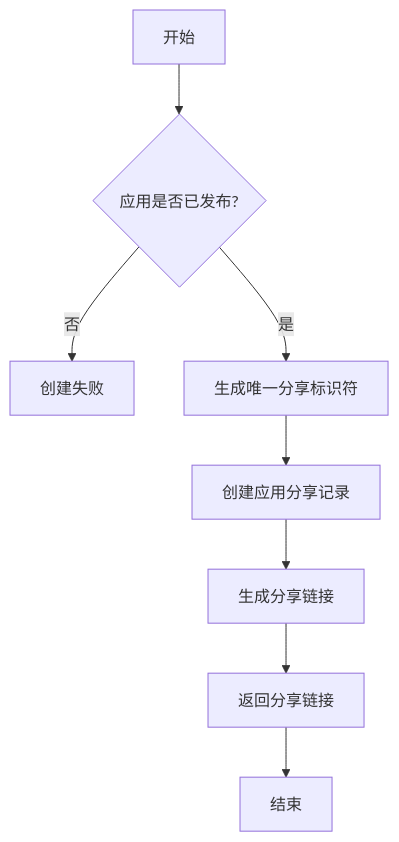
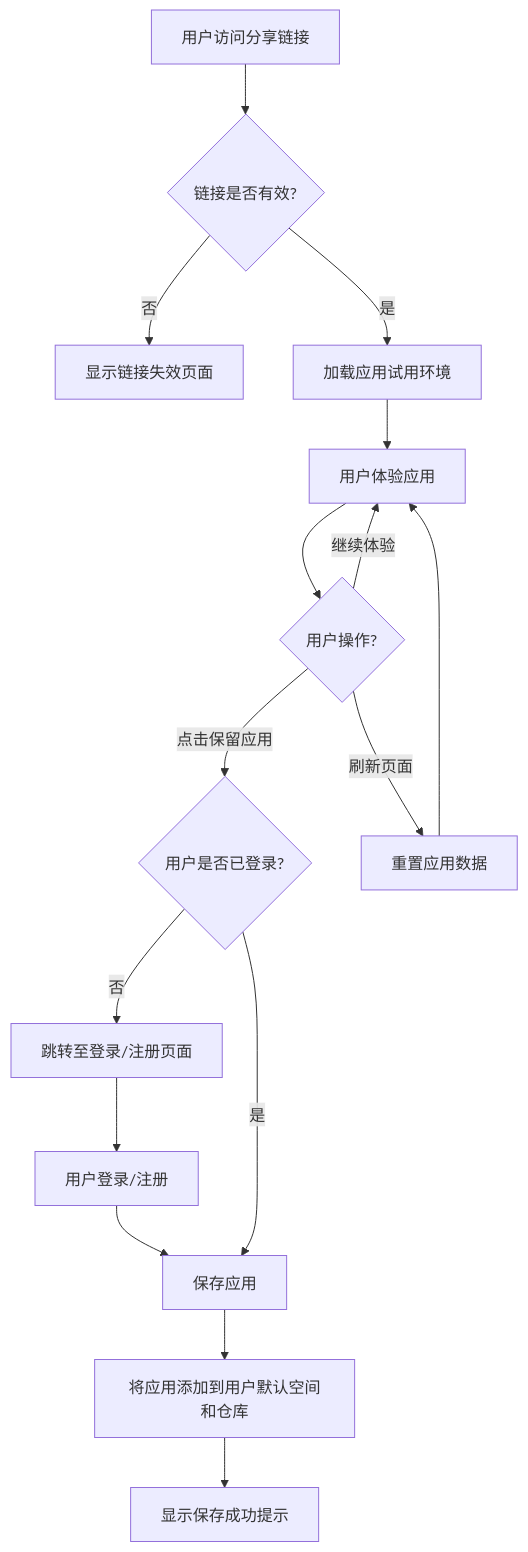
Before and after one commit to yingjianzh/iodraw-files: the diagram in all/未命名-65.md, drawn with Mermaid.

Commit message:
2025-05-22 09:42:05 update

````diff
--- a/all/未命名-65.md
+++ b/all/未命名-65.md
@@ -1,12 +1,20 @@
 ```mermaid
 
 flowchart TD
-    A[开始] --> B{应用是否已发布?}
-    B -->|否| C[创建失败]
-    B -->|是| D[生成唯一分享标识符]
-    D --> E[创建应用分享记录]
-    E --> F[生成分享链接]
-    F --> G[返回分享链接]
-    G --> H[结束]
+    A[用户访问分享链接] --> B{链接是否有效?}
+    B -->|否| C[显示链接失效页面]
+    B -->|是| D[加载应用试用环境]
+    D --> E[用户体验应用]
+    E --> F{用户操作?}
+    F -->|继续体验| E
+    F -->|点击保留应用| G{用户是否已登录?}
+    G -->|否| H[跳转至登录/注册页面]
+    H --> I[用户登录/注册]
+    I --> J[保存应用]
+    G -->|是| J
+    J --> K[将应用添加到用户默认空间和仓库]
+    K --> L[显示保存成功提示]
+    F -->|刷新页面| M[重置应用数据]
+    M --> E
 
 ```
````
